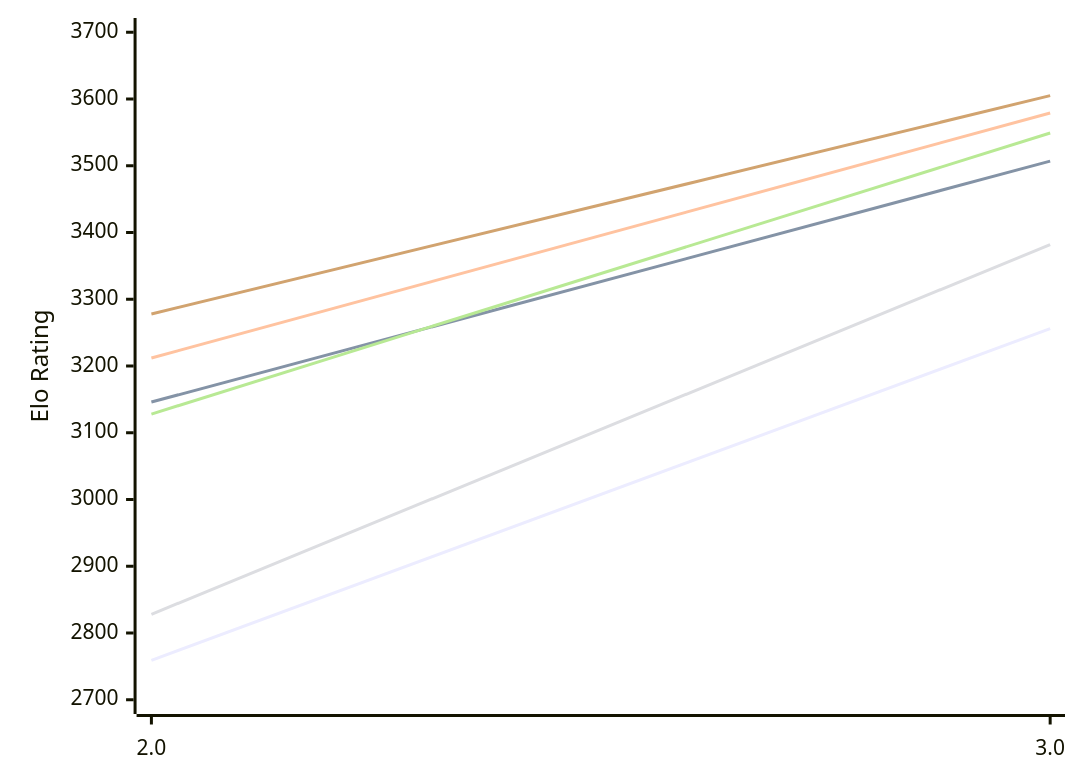
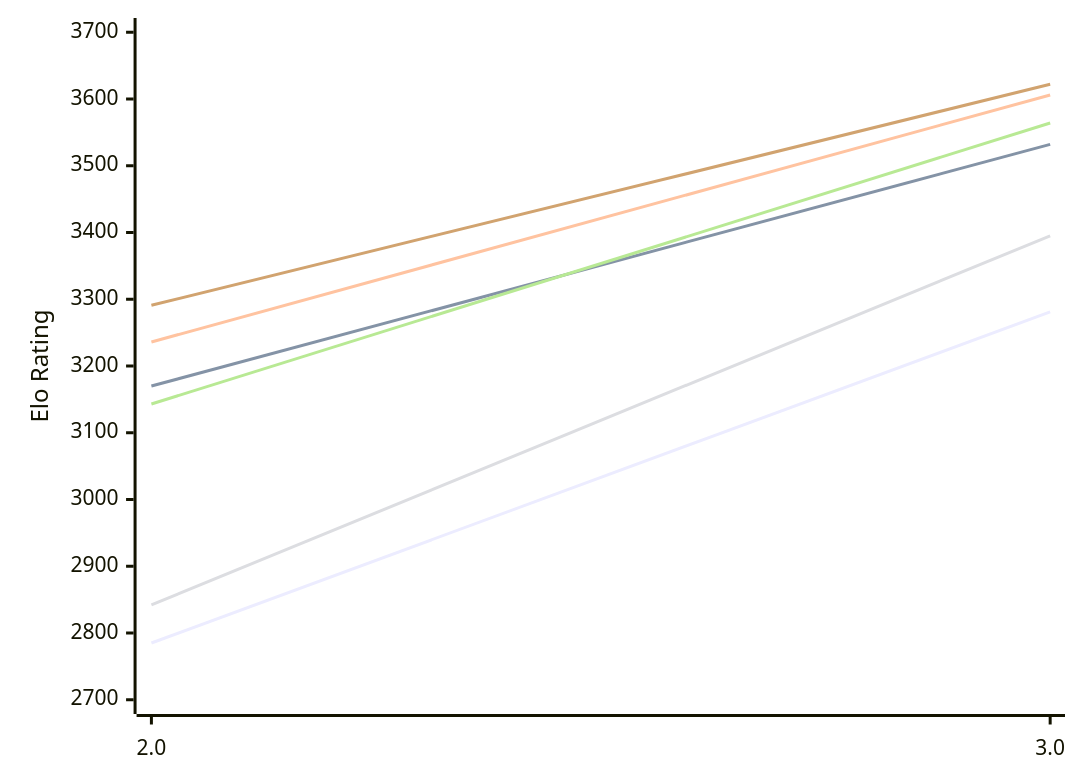
Before and after one commit to computer-chess-index/cci: the diagram in engines/Funcomp.md, drawn with Mermaid. The commit also changed other lines of this file, not shown here.

Commit message:
Update CCI Ratings (ELO VLTC) - 2026-10-24

````diff
--- a/engines/Funcomp.md
+++ b/engines/Funcomp.md
@@ -49,12 +49,12 @@
 ```mermaid
 %%{init: {"theme":"base","themeVariables":{"seriesColors:['#a3a3a3','#222221','#faa371']}}}%%
 xychart-beta
   x-axis ["2.0", "3.0"]
   y-axis "Elo Rating" 2700 --> 3700
-  line "E1: STC (8.0+0.08s)" [2759, 3256]
-  line "E1: LTC (60.0+0.60s)" [3146, 3507]
-  line "E1: VLTC (2m24s+1.12s)" [3212, 3579]
-  line "P1: STC (8.0+0.08s)" [2828, 3382]
-  line "P1: LTC (60.0+0.60s)" [3128, 3549]
-  line "P1: VLTC (2m24s+1.12s)" [3278, 3605]
+  line "E1: STC (8.0+0.08s)" [2785, 3281]
+  line "E1: LTC (60.0+0.60s)" [3170, 3532]
+  line "E1: VLTC (2m24s+1.12s)" [3236, 3606]
+  line "P1: STC (8.0+0.08s)" [2842, 3395]
+  line "P1: LTC (60.0+0.60s)" [3143, 3564]
+  line "P1: VLTC (2m24s+1.12s)" [3291, 3622]
 ```
````
